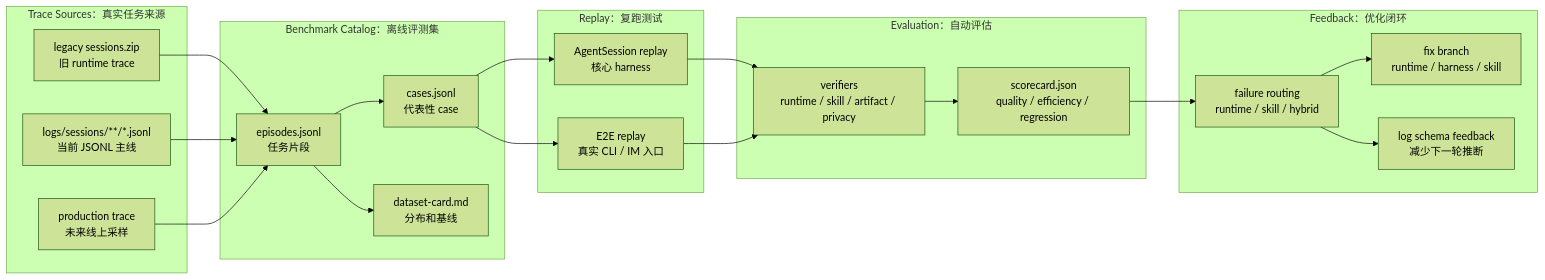
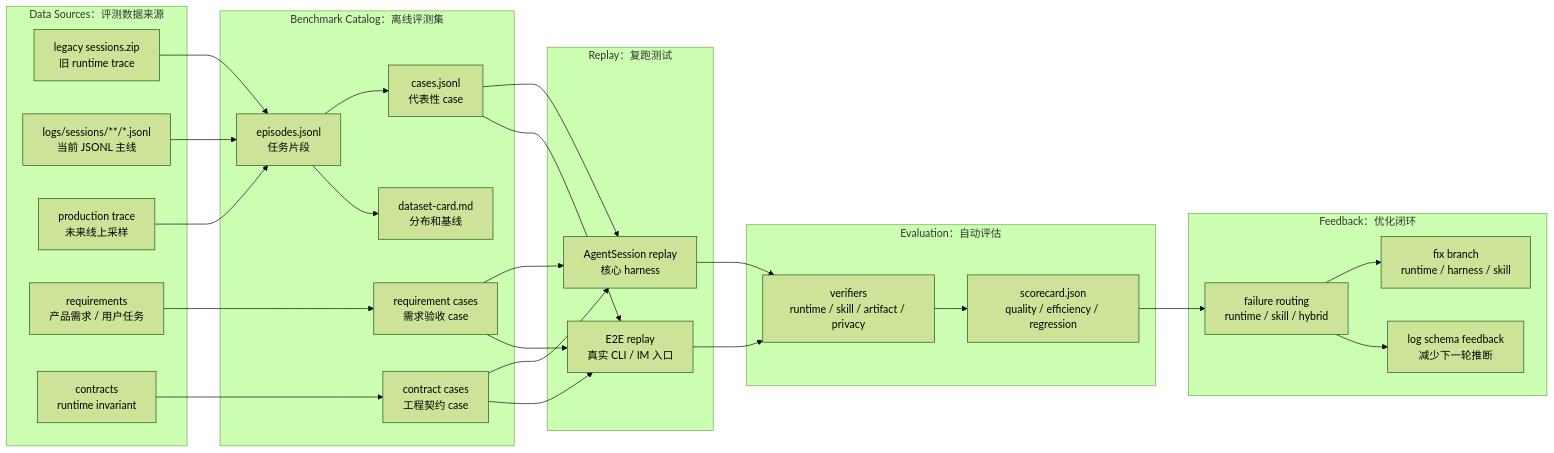
One commit to fightheyyy/XiaoBa-CLI changed the first of 5 diagrams in benchmarks/SPEC.md. Above: the diagram before and after it, drawn with Mermaid (forest theme). The commit also changed other lines of this file and 53 other files, not shown here.

````diff
--- a/benchmarks/SPEC.md
+++ b/benchmarks/SPEC.md
@@ -143,44 +194,54 @@
 ```mermaid
 flowchart LR
-    subgraph Sources["Trace Sources：真实任务来源"]
+    subgraph Sources["Data Sources：评测数据来源"]
         LegacyZip["legacy sessions.zip<br/>旧 runtime trace"]
         SessionJsonl["logs/sessions/**/*.jsonl<br/>当前 JSONL 主线"]
         FutureTrace["production trace<br/>未来线上采样"]
+        Requirements["requirements<br/>产品需求 / 用户任务"]
+        Contracts["contracts<br/>runtime invariant"]
     end
 
     subgraph Catalog["Benchmark Catalog：离线评测集"]
         Episodes["episodes.jsonl<br/>任务片段"]
         Cases["cases.jsonl<br/>代表性 case"]
+        RequirementCases["requirement cases<br/>需求验收 case"]
+        ContractCases["contract cases<br/>工程契约 case"]
         DatasetCard["dataset-card.md<br/>分布和基线"]
     end
 
     subgraph Replay["Replay：复跑测试"]
         AgentSessionReplay["AgentSession replay<br/>核心 harness"]
         E2EReplay["E2E replay<br/>真实 CLI / IM 入口"]
     end
 
     subgraph Evaluation["Evaluation：自动评估"]
         Verifiers["verifiers<br/>runtime / skill / artifact / privacy"]
         Scorecard["scorecard.json<br/>quality / efficiency / regression"]
     end
 
     subgraph Feedback["Feedback：优化闭环"]
         Routing["failure routing<br/>runtime / skill / hybrid"]
         Fixes["fix branch<br/>runtime / harness / skill"]
         SchemaUpdate["log schema feedback<br/>减少下一轮推断"]
     end
 
     LegacyZip --> Episodes
     SessionJsonl --> Episodes
     FutureTrace --> Episodes
     Episodes --> Cases
+    Requirements --> RequirementCases
+    Contracts --> ContractCases
     Episodes --> DatasetCard
     Cases --> AgentSessionReplay
     Cases --> E2EReplay
+    RequirementCases --> AgentSessionReplay
+    RequirementCases --> E2EReplay
+    ContractCases --> AgentSessionReplay
+    ContractCases --> E2EReplay
     AgentSessionReplay --> Verifiers
     E2EReplay --> Verifiers
     Verifiers --> Scorecard
     Scorecard --> Routing
     Routing --> Fixes
     Routing --> SchemaUpdate
 ```
````
